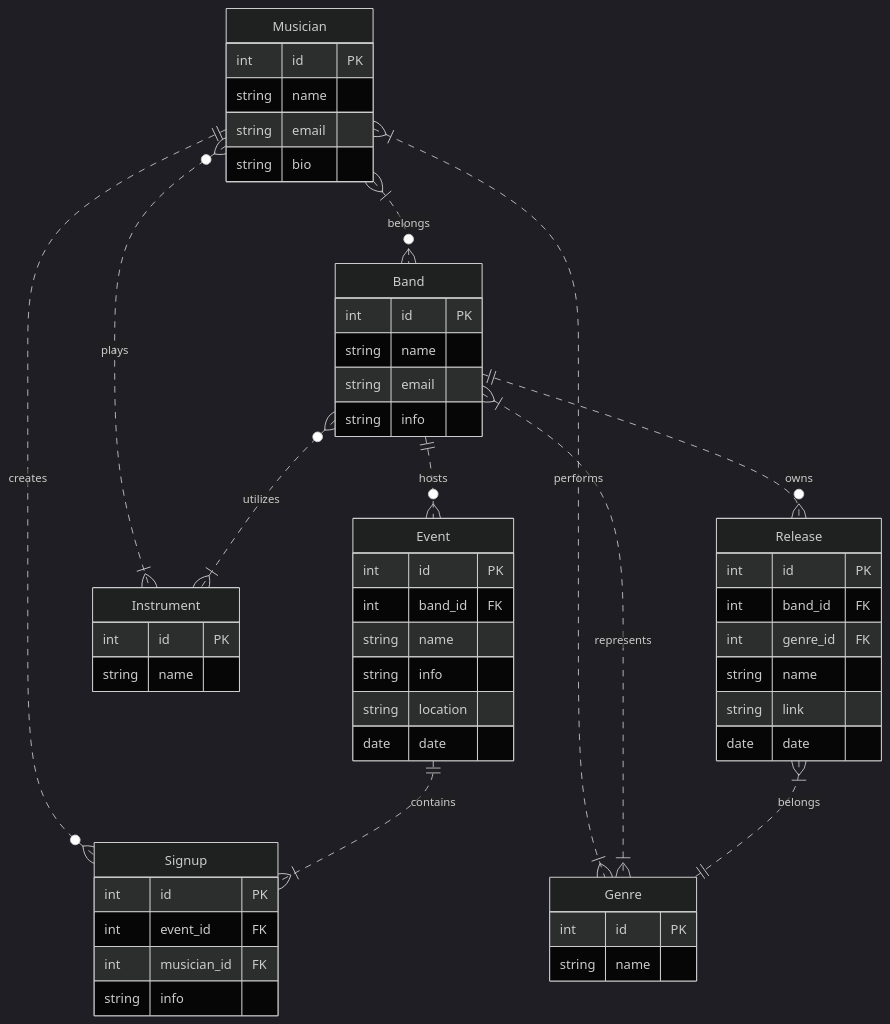
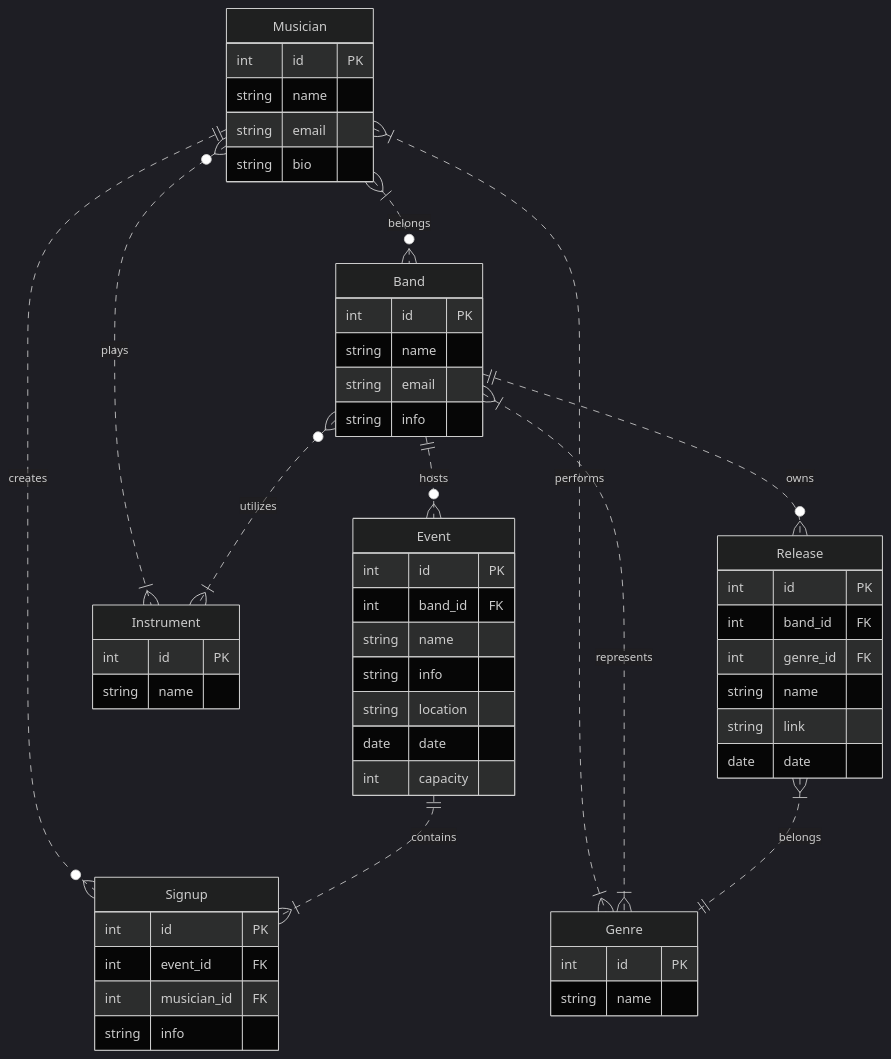
Before and after one commit to therealsunfl0wer/SMRA-labs: the diagram in 1-entity-relationship/erDiagram.mmd, drawn with Mermaid (dark theme). The commit also changed 3 other files, not shown here.

```diff
--- a/1-entity-relationship/erDiagram.mmd
+++ b/1-entity-relationship/erDiagram.mmd
@@ -1,54 +1,55 @@
 erDiagram
     Musician {
         int id PK
         string name
         string email
         string bio
     }
     Band {
         int id PK
         string name
         string email
         string info
     }
     Event {
         int id PK
         int band_id FK
         string name
         string info
         string location
         date date
+        int capacity
     }
     Instrument {
         int id PK
         string name
     }
     Signup {
         int id PK
         int event_id FK
         int musician_id FK
         string info
     }
     Release {
         int id PK
         int band_id FK
         int genre_id FK
         string name
         string link
         date date
     }
     Genre {
         int id PK
         string name
     }
 
     Musician }|..o{ Band : belongs
     Musician }o..|{ Instrument : plays
     Musician ||..o{ Signup : creates 
     Musician }|..|{ Genre : performs
     Band ||..o{ Event : hosts
     Band }o..|{ Instrument : utilizes
     Band ||..o{ Release : owns
     Band }|..|{ Genre : represents
     Event ||..|{ Signup : contains
     Release }|..|| Genre : belongs
```
